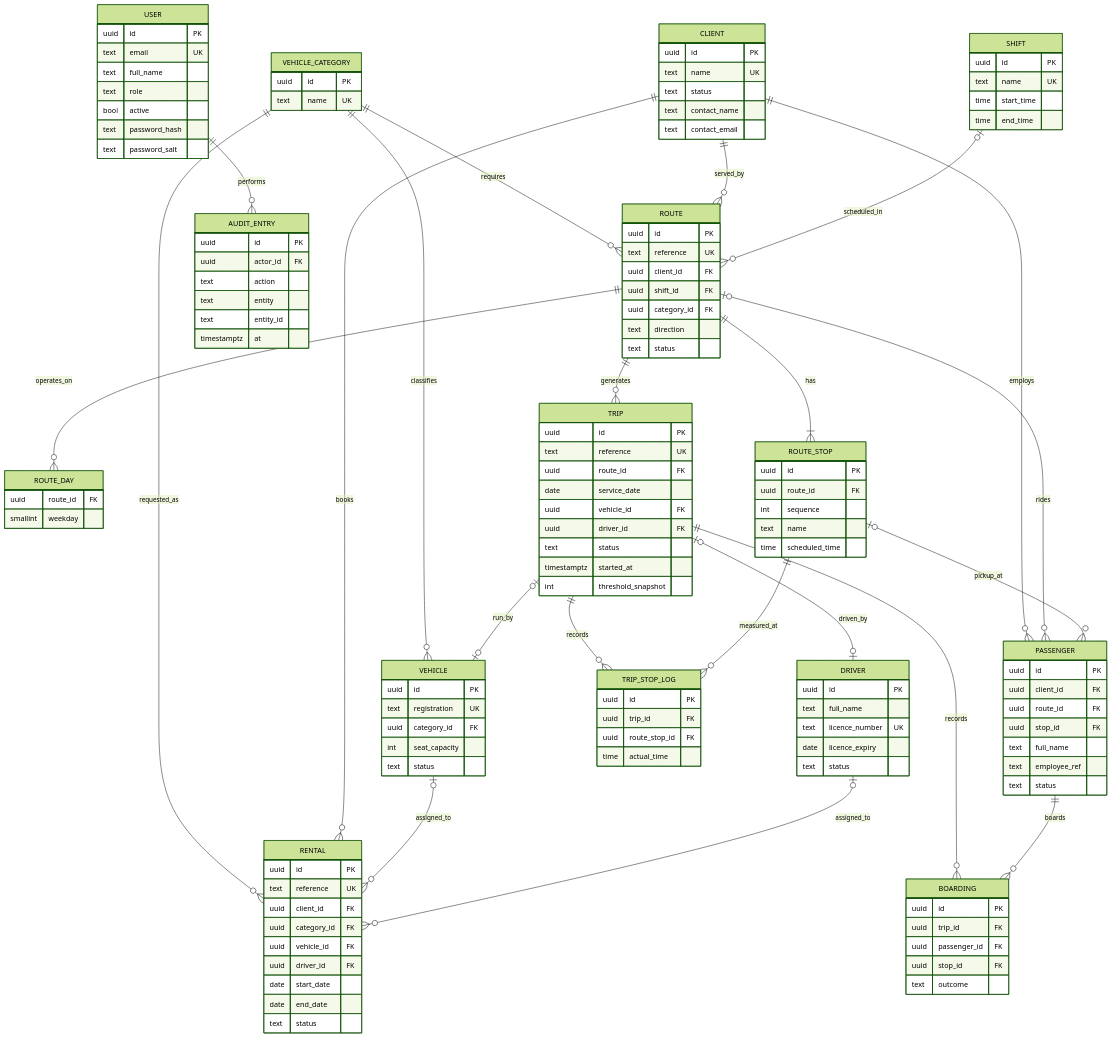
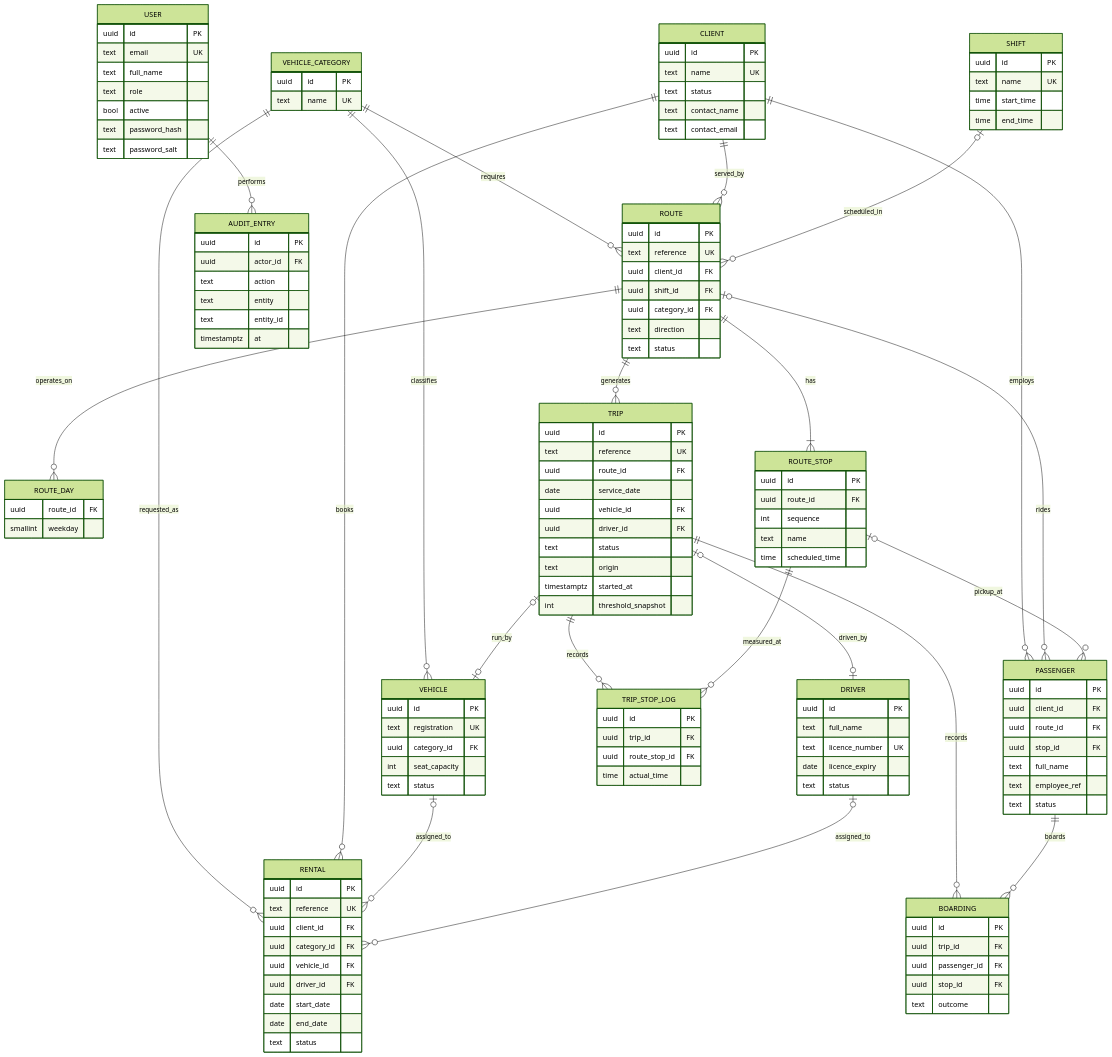
The first of 5 diagrams in docs/ERD.md (iwani1/Richie-RTS-), drawn with Mermaid (forest theme) before and after one commit. The commit also changed other lines of this file and 18 other files, not shown here.

```diff
--- a/docs/ERD.md
+++ b/docs/ERD.md
@@ -92,6 +92,7 @@
     uuid vehicle_id FK
     uuid driver_id FK
     text status
+    text origin
     timestamptz started_at
     int threshold_snapshot
   }
```
